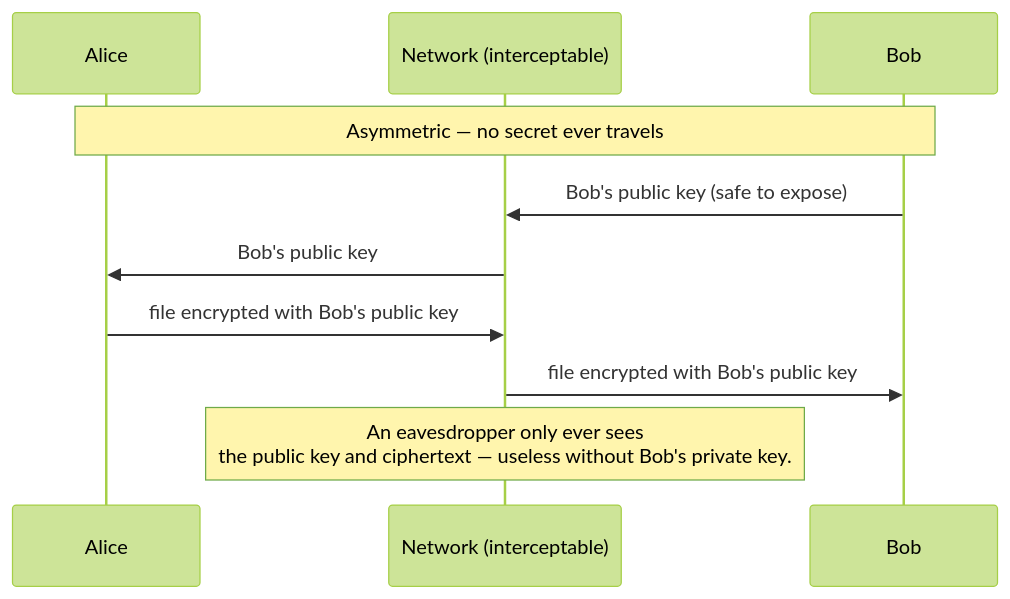
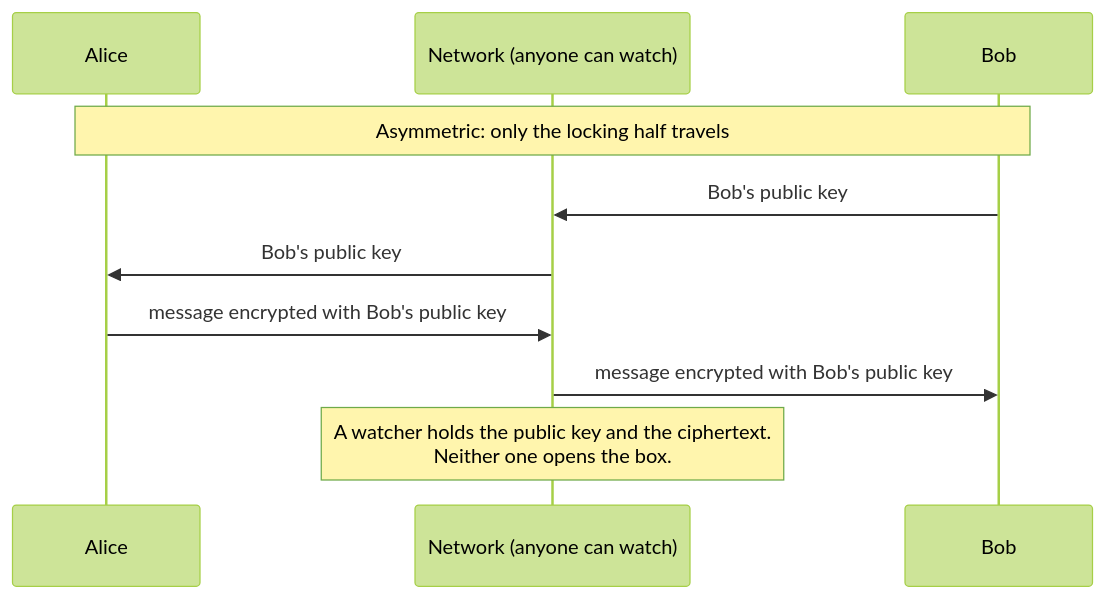
One commit to francoandreDev/knowledge changed the second of 3 diagrams in src/content/security/symmetric-asymmetric-encryption-basics/L2-concept.mdx. Above: the diagram before and after it, drawn with Mermaid (forest theme). The commit also changed other lines of this file and 3 other files, not shown here.

````diff
--- a/src/content/security/symmetric-asymmetric-encryption-basics/L2-concept.mdx
+++ b/src/content/security/symmetric-asymmetric-encryption-basics/L2-concept.mdx
@@ -46,12 +46,12 @@
 ```mermaid
 sequenceDiagram
     participant A as Alice
-    participant N as Network (interceptable)
+    participant N as Network (anyone can watch)
     participant B as Bob
-    Note over A,B: Asymmetric — no secret ever travels
-    B->>N: Bob's public key (safe to expose)
+    Note over A,B: Asymmetric: only the locking half travels
+    B->>N: Bob's public key
     N->>A: Bob's public key
-    A->>N: file encrypted with Bob's public key
-    N->>B: file encrypted with Bob's public key
-    Note over N: An eavesdropper only ever sees<br/>the public key and ciphertext — useless without Bob's private key.
+    A->>N: message encrypted with Bob's public key
+    N->>B: message encrypted with Bob's public key
+    Note over N: A watcher holds the public key and the ciphertext.<br/>Neither one opens the box.
 ```
````
